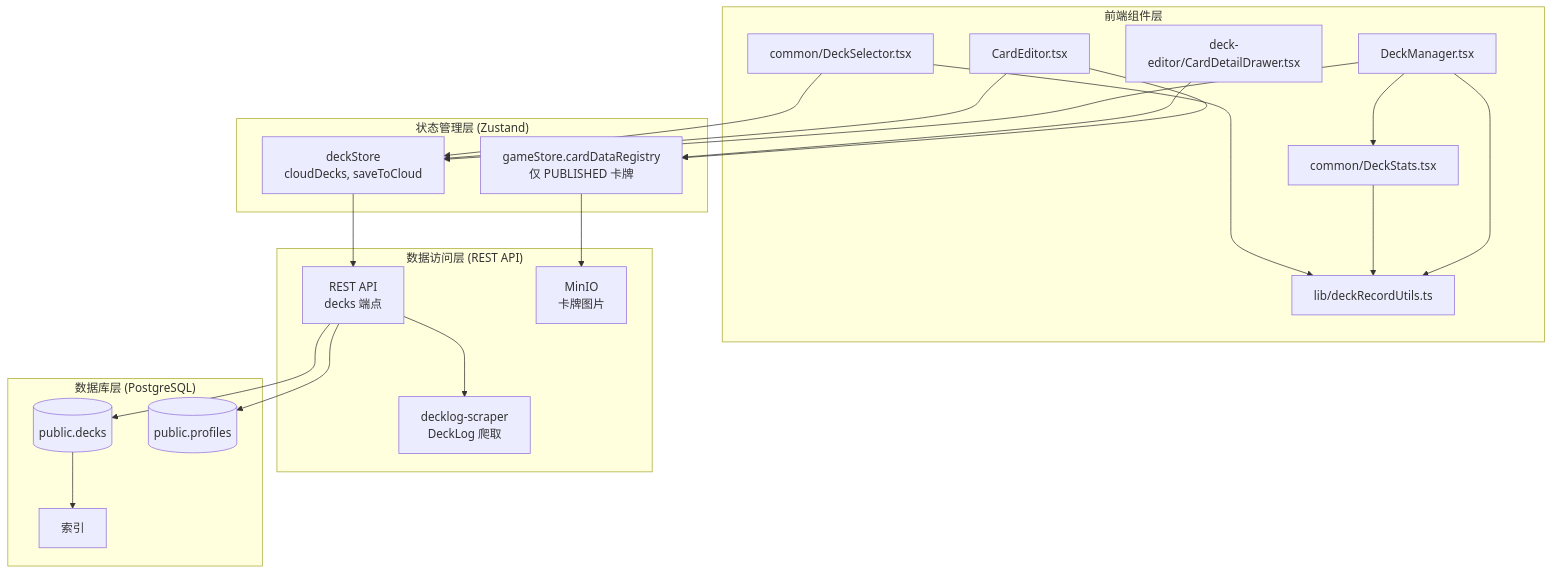
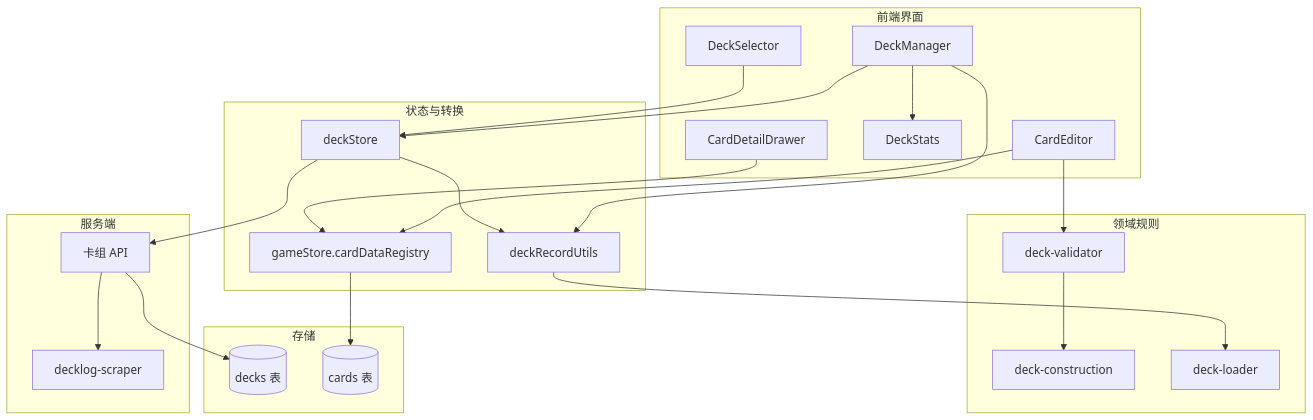
One commit to catmeow123456/loveca-dev changed the first of 3 diagrams in docs/deck-management/design.md. Above: the diagram before and after it, drawn with Mermaid. The commit also changed other lines of this file and 42 other files, not shown here.

````diff
--- a/docs/deck-management/design.md
+++ b/docs/deck-management/design.md
@@ -12,44 +22,47 @@
 ```mermaid
 flowchart TB
-    subgraph Frontend["前端组件层"]
-        DM[DeckManager.tsx]
-        CE[CardEditor.tsx]
-        CDD[deck-editor/CardDetailDrawer.tsx]
-        DST[common/DeckStats.tsx]
-        DSE[common/DeckSelector.tsx]
-        DRU[lib/deckRecordUtils.ts]
+    subgraph Frontend["前端界面"]
+        Manager[DeckManager]
+        Editor[CardEditor]
+        Stats[DeckStats]
+        Selector[DeckSelector]
+        Detail[CardDetailDrawer]
     end
 
-    subgraph State["状态管理层 (Zustand)"]
-        DS[deckStore<br/>cloudDecks, saveToCloud]
-        GDR[gameStore.cardDataRegistry<br/>仅 PUBLISHED 卡牌]
+    subgraph State["状态与转换"]
+        DeckStore[deckStore]
+        Converter[deckRecordUtils]
+        Registry[gameStore.cardDataRegistry]
     end
 
-    subgraph DataAccess["数据访问层 (REST API)"]
-        SB1[REST API<br/>decks 端点]
-        SB2[MinIO<br/>卡牌图片]
-        DLS[decklog-scraper<br/>DeckLog 爬取]
+    subgraph Domain["领域规则"]
+        Validator[deck-validator]
+        Construction[deck-construction]
+        Loader[deck-loader]
     end
 
-    subgraph Database["数据库层 (PostgreSQL)"]
-        DECKS[(public.decks)]
-        PROFILES[(public.profiles)]
-        IDX[索引]
+    subgraph Backend["服务端"]
+        DeckRoutes[卡组 API]
+        DeckLog[decklog-scraper]
     end
 
-    DM --> DS
-    DM --> DST
-    DM --> DRU
-    DST --> DRU
-    DSE --> DRU
-    CE --> DS
-    CE --> GDR
-    CDD --> GDR
-    DSE --> DS
-    DS --> SB1
-    SB1 --> DLS
-    GDR --> SB2
-    SB1 --> DECKS
-    SB1 --> PROFILES
-    DECKS --> IDX
+    subgraph Storage["存储"]
+        Decks[(decks 表)]
+        Cards[(cards 表)]
+    end
+
+    Manager --> DeckStore
+    Manager --> Stats
+    Manager --> Converter
+    Editor --> Registry
+    Editor --> Validator
+    Selector --> DeckStore
+    Detail --> Registry
+    DeckStore --> Converter
+    Converter --> Loader
+    DeckStore --> DeckRoutes
+    DeckRoutes --> Decks
+    DeckRoutes --> DeckLog
+    Registry --> Cards
+    Validator --> Construction
 ```
````
